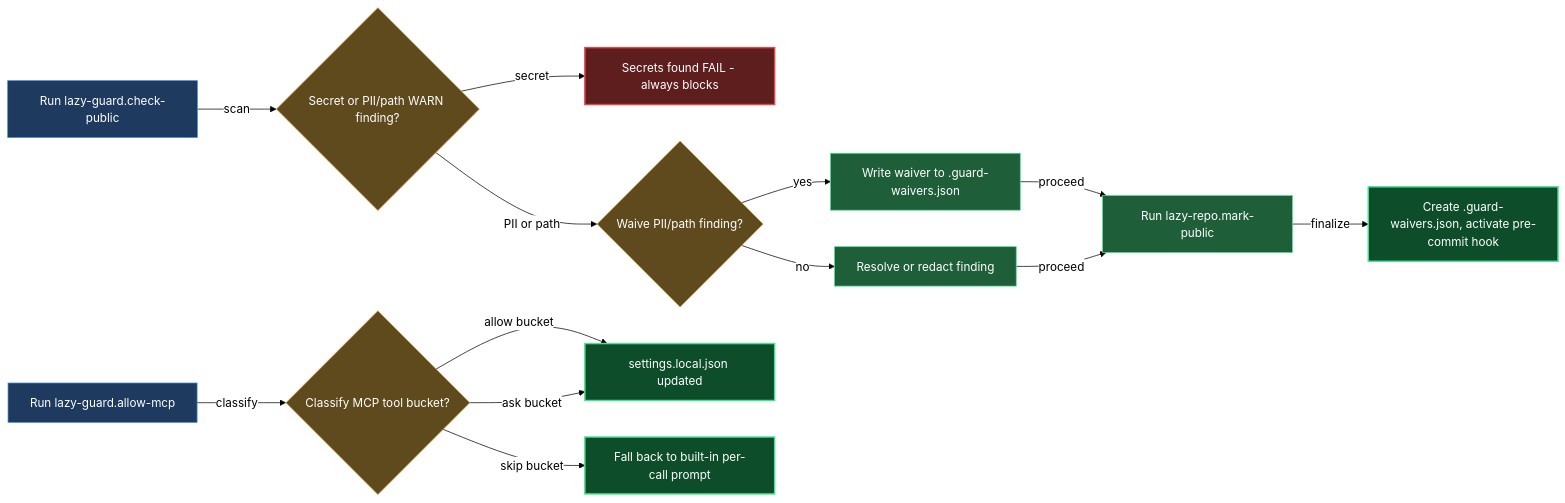
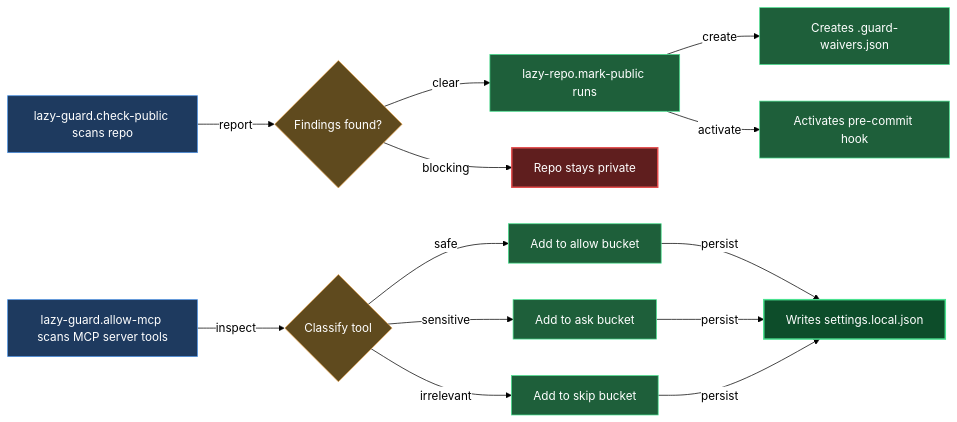
One commit to mebius-san/lazy-cortex changed the diagram in claude/lazycortex-core/help/guardian.md. Above: the diagram before and after it, drawn with Mermaid. The commit also changed other lines of this file and 40 other files, not shown here.

````diff
--- a/claude/lazycortex-core/help/guardian.md
+++ b/claude/lazycortex-core/help/guardian.md
@@ -60,48 +60,48 @@
 ```mermaid
 %%{init: {'themeVariables':{'background':'transparent','lineColor':'#000','textColor':'#000','edgeLabelBackground':'#fff'},'themeCSS':'.edgeLabel{background-color:transparent!important}.edgeLabel p{background-color:transparent!important}','flowchart':{'diagramPadding':5,'useMaxWidth':true}}}%%
 flowchart LR
-  runCheckPublic[Run lazy-guard.check-public]
-  findingType{Secret or PII/path WARN finding?}
-  blockSecrets[Secrets found FAIL - always blocks]
-  waivePii{Waive PII/path finding?}
-  writeWaiver[Write waiver to .guard-waivers.json]
-  resolveFinding[Resolve or redact finding]
-  runMarkPublic[Run lazy-repo.mark-public]
-  activateHook[Create .guard-waivers.json, activate pre-commit hook]
-  runAllowMcp[Run lazy-guard.allow-mcp]
-  classifyTool{Classify MCP tool bucket?}
-  settingsWritten[settings.local.json updated]
-  fallbackPrompt[Fall back to built-in per-call prompt]
+  checkPublicScan[lazy-guard.check-public scans repo]
+  findingsFound{Findings found?}
+  markPublicWorkflow[lazy-repo.mark-public runs]
+  writeWaiversFile[Creates .guard-waivers.json]
+  activatePreCommitHook[Activates pre-commit hook]
+  repoStaysPrivate[Repo stays private]
+  allowMcpScan[lazy-guard.allow-mcp scans MCP server tools]
+  classifyToolBuckets{Classify tool}
+  addToAllowBucket[Add to allow bucket]
+  addToAskBucket[Add to ask bucket]
+  addToSkipBucket[Add to skip bucket]
+  writeSettingsLocal[Writes settings.local.json]
 
-  runCheckPublic -->|scan| findingType
-  findingType -->|secret| blockSecrets
-  findingType -->|PII or path| waivePii
-  waivePii -->|yes| writeWaiver
-  waivePii -->|no| resolveFinding
-  writeWaiver -->|proceed| runMarkPublic
-  resolveFinding -->|proceed| runMarkPublic
-  runMarkPublic -->|finalize| activateHook
-  runAllowMcp -->|classify| classifyTool
-  classifyTool -->|allow bucket| settingsWritten
-  classifyTool -->|ask bucket| settingsWritten
-  classifyTool -->|skip bucket| fallbackPrompt
+  checkPublicScan -->|report| findingsFound
+  findingsFound -->|clear| markPublicWorkflow
+  findingsFound -->|blocking| repoStaysPrivate
+  markPublicWorkflow -->|create| writeWaiversFile
+  markPublicWorkflow -->|activate| activatePreCommitHook
+  allowMcpScan -->|inspect| classifyToolBuckets
+  classifyToolBuckets -->|safe| addToAllowBucket
+  classifyToolBuckets -->|sensitive| addToAskBucket
+  classifyToolBuckets -->|irrelevant| addToSkipBucket
+  addToAllowBucket -->|persist| writeSettingsLocal
+  addToAskBucket -->|persist| writeSettingsLocal
+  addToSkipBucket -->|persist| writeSettingsLocal
 
   classDef entry fill:#1e3a5f,stroke:#4a90e2,color:#fff
   classDef guard fill:#5f4a1e,stroke:#e2a14a,color:#fff
   classDef action fill:#1e5f3a,stroke:#4ae290,color:#fff
   classDef success fill:#0d4d2a,stroke:#4ae290,color:#fff,stroke-width:2px
   classDef error fill:#5f1e1e,stroke:#e24a4a,color:#fff,stroke-width:2px
 
-  class runCheckPublic entry
-  class findingType guard
-  class blockSecrets error
-  class waivePii guard
-  class writeWaiver action
-  class resolveFinding action
-  class runMarkPublic action
-  class activateHook success
-  class runAllowMcp entry
-  class classifyTool guard
-  class settingsWritten success
-  class fallbackPrompt success
+  class checkPublicScan entry
+  class allowMcpScan entry
+  class findingsFound guard
+  class classifyToolBuckets guard
+  class markPublicWorkflow action
+  class writeWaiversFile action
+  class activatePreCommitHook action
+  class addToAllowBucket action
+  class addToAskBucket action
+  class addToSkipBucket action
+  class writeSettingsLocal success
+  class repoStaysPrivate error
 ```
````
